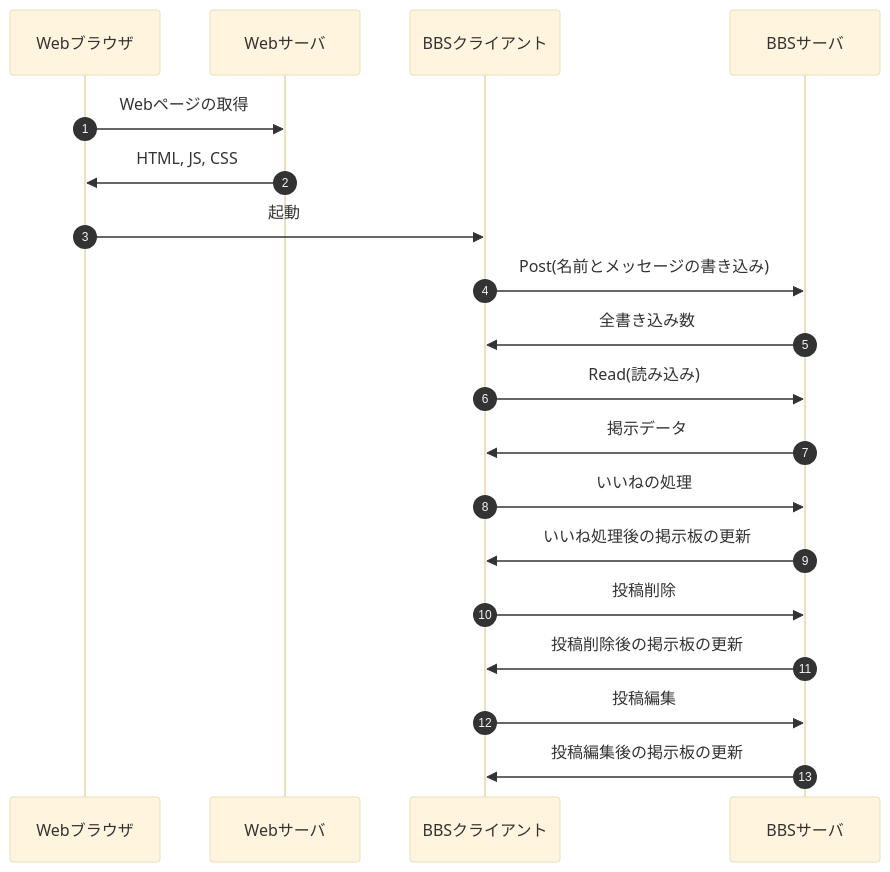
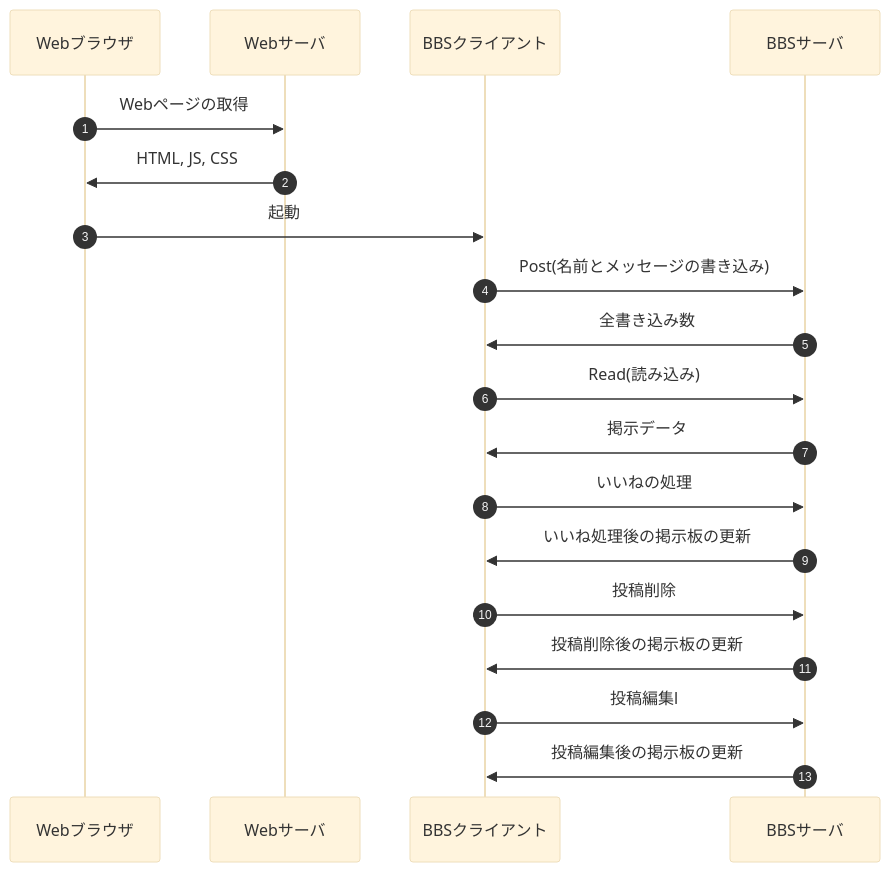
Before and after one commit to uipoyox/webpro_06: the diagram in bbs.md, drawn with Mermaid (base theme).

````diff
--- a/bbs.md
+++ b/bbs.md
@@ -3,17 +3,17 @@
 ```mermaid
 sequenceDiagram
   autonumber
   Webブラウザ ->> Webサーバ: Webページの取得
   Webサーバ ->> Webブラウザ:HTML, JS, CSS
   Webブラウザ ->> BBSクライアント:起動
   BBSクライアント ->> BBSサーバ:Post(名前とメッセージの書き込み) 
   BBSサーバ ->> BBSクライアント:全書き込み数
   BBSクライアント ->> BBSサーバ:Read(読み込み)
   BBSサーバ ->> BBSクライアント:掲示データ
   BBSクライアント ->> BBSサーバ:いいねの処理
   BBSサーバ ->> BBSクライアント:いいね処理後の掲示板の更新
   BBSクライアント ->> BBSサーバ:投稿削除
   BBSサーバ ->> BBSクライアント:投稿削除後の掲示板の更新
-  BBSクライアント ->> BBSサーバ:投稿編集
+  BBSクライアント ->> BBSサーバ:投稿編集l
   BBSサーバ ->> BBSクライアント:投稿編集後の掲示板の更新
 ```
````
